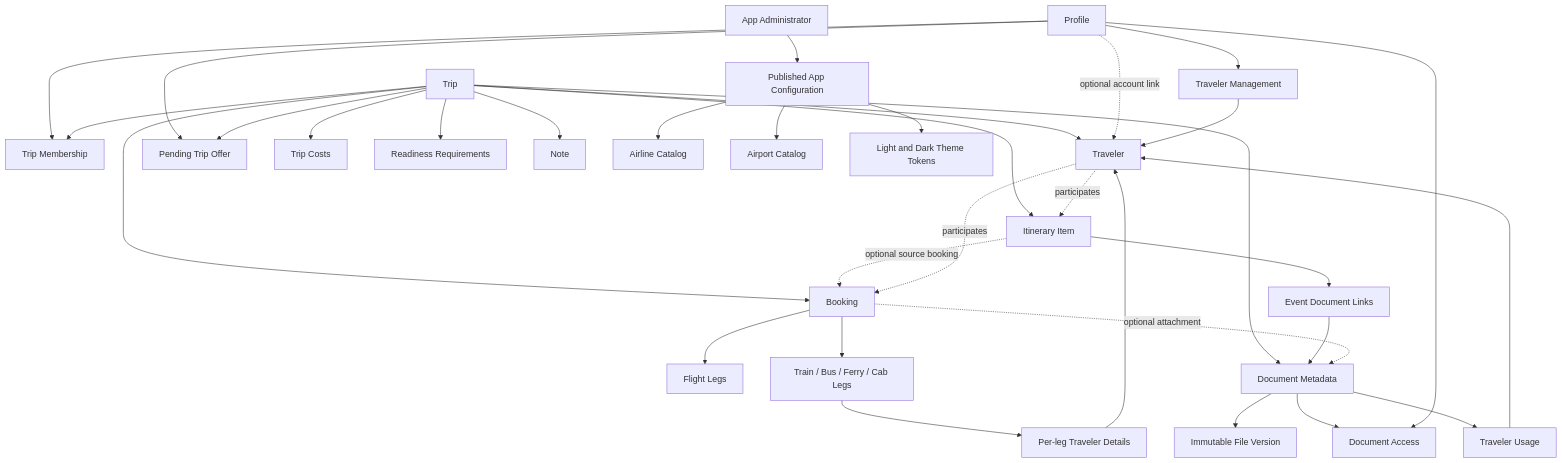
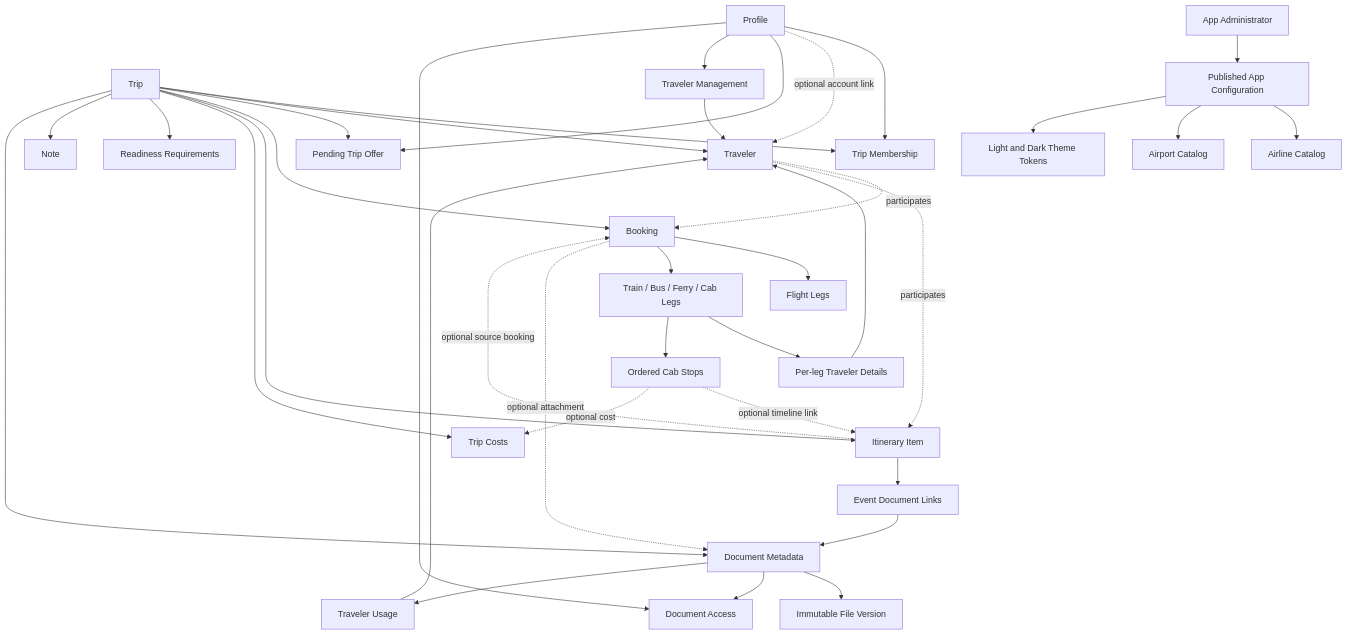
Before and after one commit to shantanu1258/trip-vault: the second of 4 diagrams in docs/HIGH_LEVEL_DESIGN.md, drawn with Mermaid. The commit also changed other lines of this file and 8 other files, not shown here.

````diff
--- a/docs/HIGH_LEVEL_DESIGN.md
+++ b/docs/HIGH_LEVEL_DESIGN.md
@@ -192,36 +206,39 @@
 ```mermaid
 flowchart TD
     PROFILE[Profile] --> MEMBER[Trip Membership]
     TRIP[Trip] --> MEMBER
     TRIP --> TRAVELER[Traveler]
     PROFILE -. optional account link .-> TRAVELER
     PROFILE --> OFFER[Pending Trip Offer]
     TRIP --> OFFER
     PROFILE --> MANAGER[Traveler Management]
     MANAGER --> TRAVELER
     TRIP --> BOOKING[Booking]
     TRIP --> ITEM[Itinerary Item]
     BOOKING --> FLIGHT[Flight Legs]
     BOOKING --> JOURNEY[Train / Bus / Ferry / Cab Legs]
     JOURNEY --> JOURNEY_TRAVELER[Per-leg Traveler Details]
+    JOURNEY --> CAB_STOP[Ordered Cab Stops]
+    CAB_STOP -. optional timeline link .-> ITEM
+    CAB_STOP -. optional cost .-> COST
     JOURNEY_TRAVELER --> TRAVELER
     TRIP --> COST[Trip Costs]
     TRIP --> REQUIREMENT[Readiness Requirements]
     TRIP --> NOTE[Note]
     TRIP --> DOCUMENT[Document Metadata]
     DOCUMENT --> VERSION[Immutable File Version]
     DOCUMENT --> ACCESS[Document Access]
     DOCUMENT --> ASSIGNMENT[Traveler Usage]
     ASSIGNMENT --> TRAVELER
     ITEM --> ITEM_DOCUMENT[Event Document Links]
     ITEM_DOCUMENT --> DOCUMENT
     PROFILE --> ACCESS
     BOOKING -. optional attachment .-> DOCUMENT
     ITEM -. optional source booking .-> BOOKING
     TRAVELER -. participates .-> BOOKING
     TRAVELER -. participates .-> ITEM
     ADMIN[App Administrator] --> CONFIG[Published App Configuration]
     CONFIG --> AIRLINE[Airline Catalog]
     CONFIG --> AIRPORT[Airport Catalog]
     CONFIG --> THEME[Light and Dark Theme Tokens]
 ```
````
